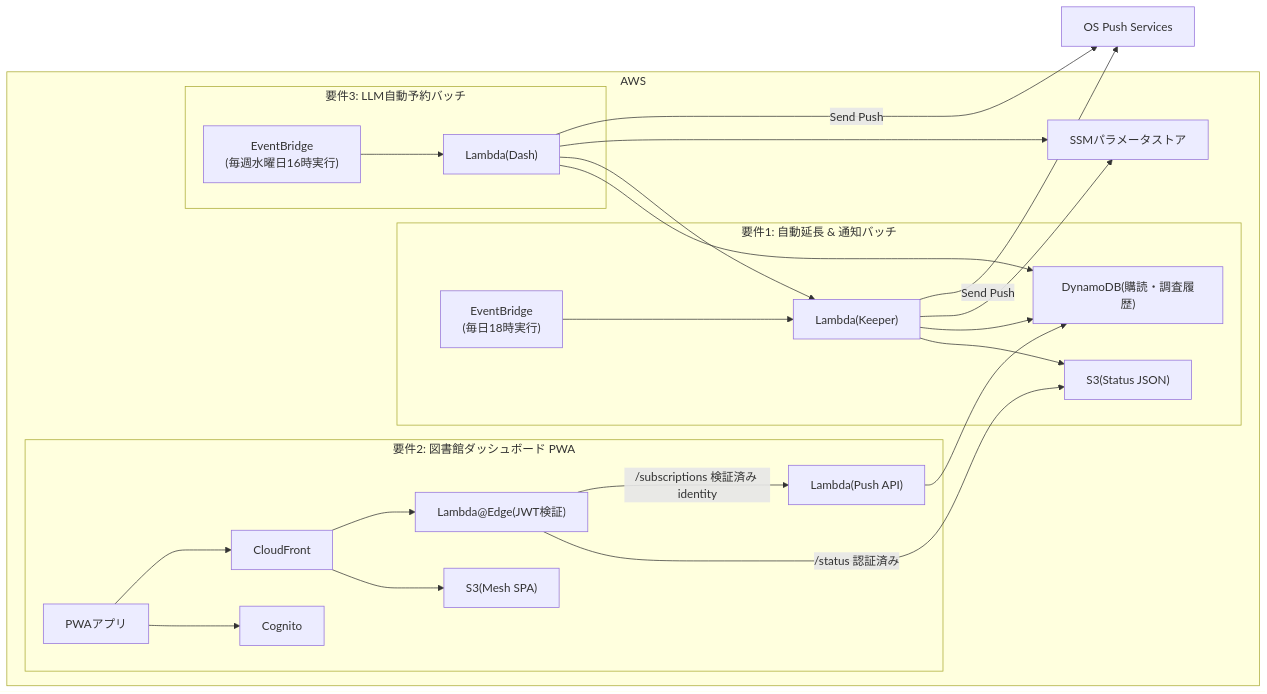
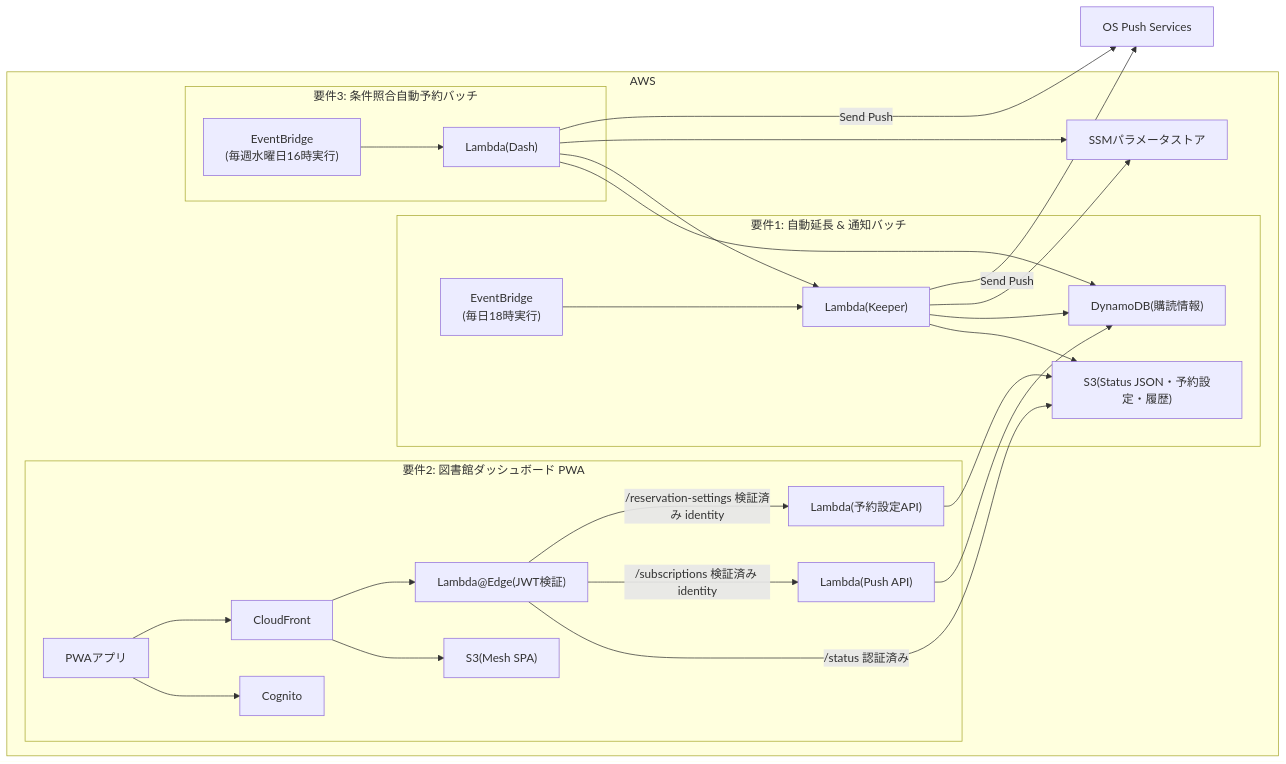
Before and after one commit to nimzo6689/higalibra: the diagram in AGENTS.md, drawn with Mermaid. The commit also changed other lines of this file and 36 other files, not shown here.

````diff
--- a/AGENTS.md
+++ b/AGENTS.md
@@ -23,48 +23,51 @@
 ```mermaid
 graph LR
     OSPush["OS Push Services"]
 
     subgraph AWS ["AWS"]
-        DynamoDB["DynamoDB(購読・調査履歴)"]
-        StatusS3["S3(Status JSON)"]
+        DynamoDB["DynamoDB(購読情報)"]
+        StatusS3["S3(Status JSON・予約設定・履歴)"]
         MeshS3["S3(Mesh SPA)"]
         Cognito["Cognito"]
         CDN["CloudFront"]
         EDGE["Lambda@Edge(JWT検証)"]
         Push["Lambda(Push API)"]
+        SettingsApi["Lambda(予約設定API)"]
 
         subgraph Req1 ["要件1: 自動延長 & 通知バッチ"]
             Scheduler1["EventBridge<br/>(毎日18時実行)"]
             Job1["Lambda(Keeper)"]
             Scheduler1 --> Job1
             Job1 --> StatusS3
             Job1 --> DynamoDB
         end
 
         subgraph Req2 ["要件2: 図書館ダッシュボード PWA"]
             Front["PWAアプリ"]
             Front --> Cognito
             Front --> CDN
             CDN --> MeshS3
             CDN --> EDGE
             EDGE -->|/status 認証済み| StatusS3
             EDGE -->|/subscriptions 検証済み identity| Push
+            EDGE -->|/reservation-settings 検証済み identity| SettingsApi
+            SettingsApi --> StatusS3
             Push --> DynamoDB
         end
 
-        subgraph Req3 ["要件3: LLM自動予約バッチ"]
+        subgraph Req3 ["要件3: 条件照合自動予約バッチ"]
             Scheduler2["EventBridge<br/>(毎週水曜日16時実行)"]
             Job2["Lambda(Dash)"]
             Scheduler2 --> Job2
             Job2 --> DynamoDB
             Job2 --> Job1
         end
 
         ParameterStore["SSMパラメータストア"]
         Job1 --> ParameterStore
         Job2 --> ParameterStore
     end
 
     Job1 -- "Send Push" --> OSPush
     Job2 -- "Send Push" --> OSPush
 ```
````
